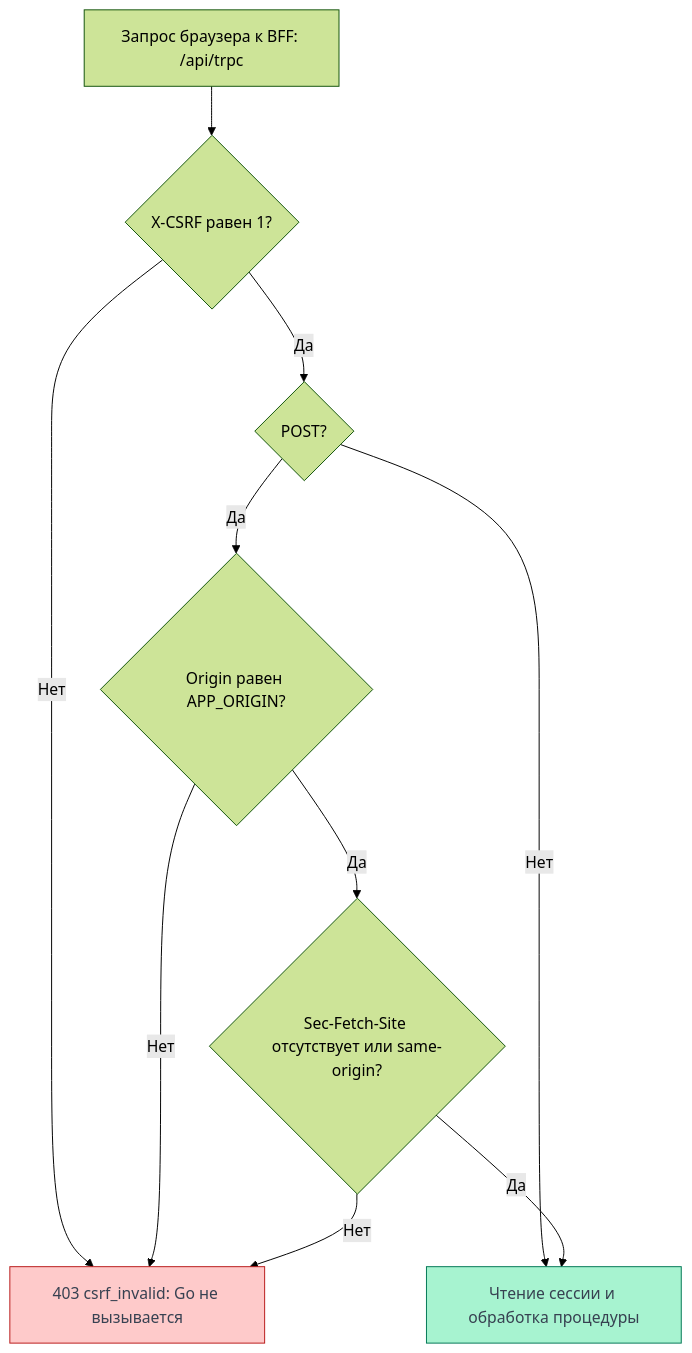
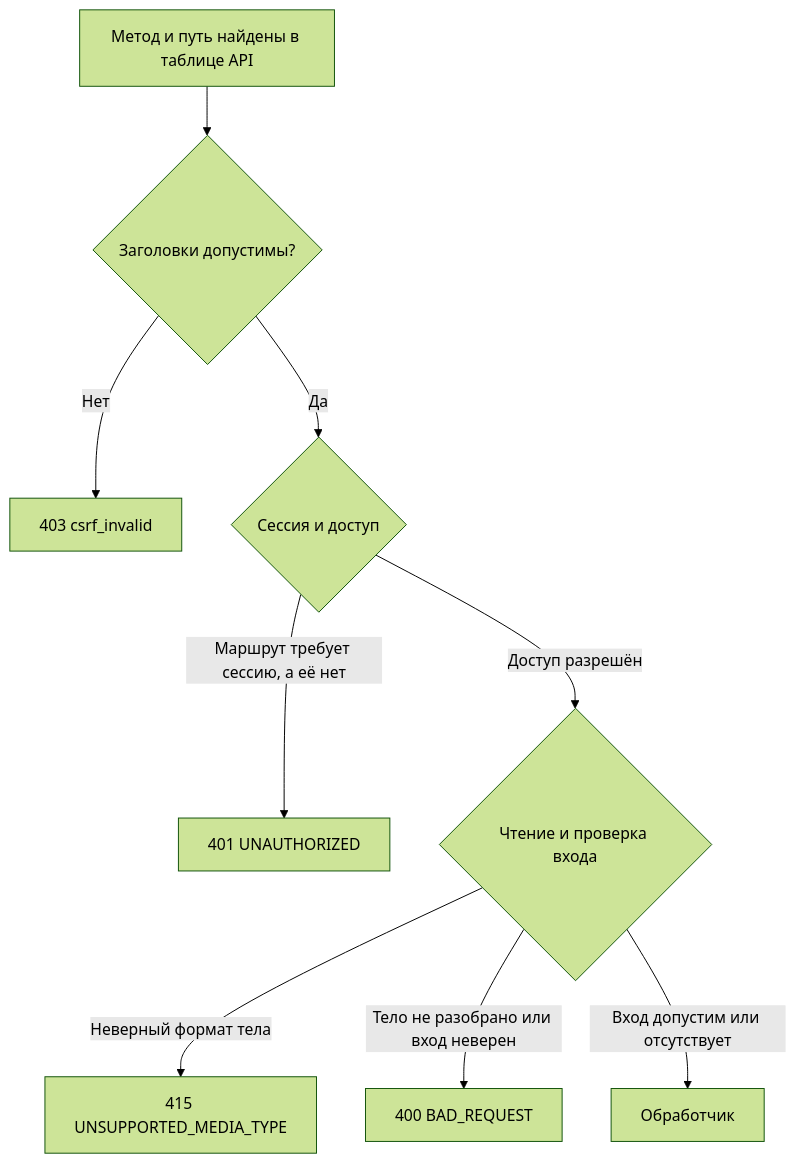
One commit to Cringe-Driven-Development-Team/docs changed the diagram in site/documentation/security/csrf.md. Above: the diagram before and after it, drawn with Mermaid (forest theme). The commit also changed other lines of this file and 13 other files, not shown here.

````diff
--- a/site/documentation/security/csrf.md
+++ b/site/documentation/security/csrf.md
@@ -47,17 +25,11 @@
 ```mermaid
-%% Flowchart: обязательный заголовок, дополнительные проверки POST и общий отказ до Go.
 flowchart TD
-    rpc["Запрос браузера к BFF: /api/trpc"] --> header{"X-CSRF равен 1?"}
-    header -->|Нет| reject["403 csrf_invalid: Go не вызывается"]
-    header -->|Да| method{"POST?"}
-    method -->|Нет| session["Чтение сессии и обработка процедуры"]
-    method -->|Да| origin{"Origin равен APP_ORIGIN?"}
-    origin -->|Нет| reject
-    origin -->|Да| site{"Sec-Fetch-Site отсутствует или same-origin?"}
-    site -->|Нет| reject
-    site -->|Да| session
-    classDef error fill:#fecaca,stroke:#b91c1c,color:#374151
-    classDef success fill:#a7f3d0,stroke:#047857,color:#374151
-    class reject error
-    class session success
+    A["Метод и путь найдены в таблице API"] --> B{"Заголовки допустимы?"}
+    B -->|Нет| C["403 csrf_invalid"]
+    B -->|Да| D{"Сессия и доступ"}
+    D -->|Маршрут требует сессию, а её нет| E["401 UNAUTHORIZED"]
+    D -->|Доступ разрешён| F{"Чтение и проверка входа"}
+    F -->|Неверный формат тела| G["415 UNSUPPORTED_MEDIA_TYPE"]
+    F -->|Тело не разобрано или вход неверен| H["400 BAD_REQUEST"]
+    F -->|Вход допустим или отсутствует| I["Обработчик"]
 ```
````
